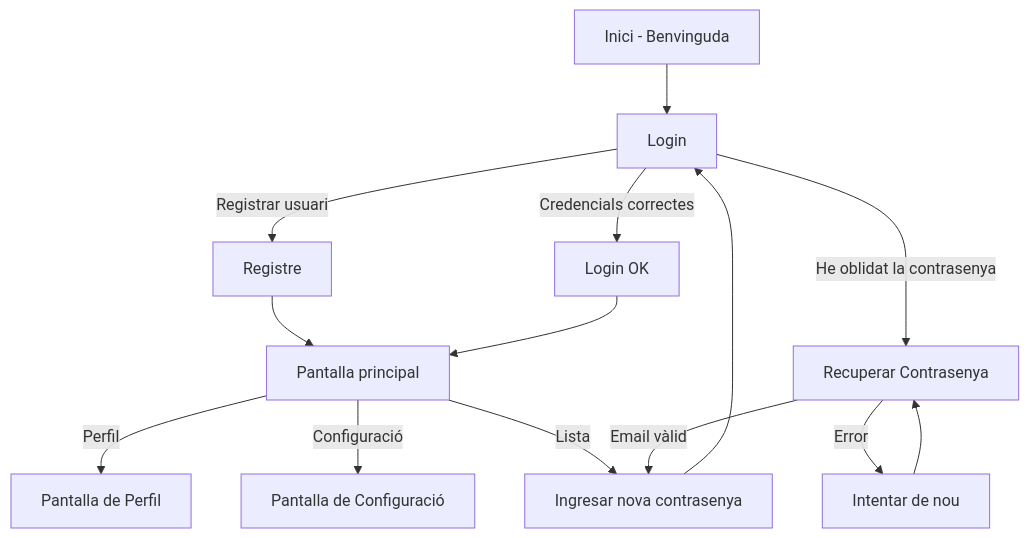
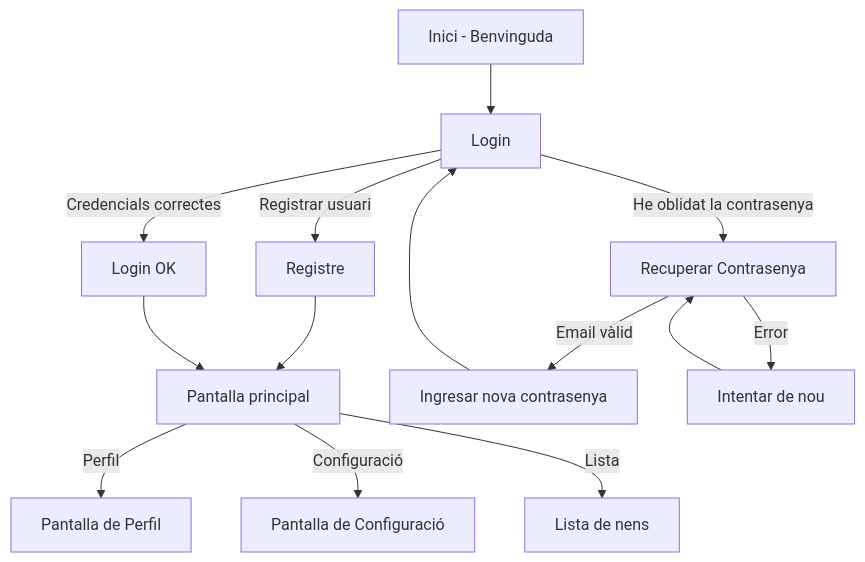
Before and after one commit to dmontes901/TapatApp: the diagram in charts/diagramaNavegacio.mmd, drawn with Mermaid.

```diff
--- a/charts/diagramaNavegacio.mmd
+++ b/charts/diagramaNavegacio.mmd
@@ -1,15 +1,15 @@
 flowchart TD;
     A["Inici - Benvinguda"] --> B["Login"];
     B -->|Registrar usuari| C["Registre"];
     C --> E["Pantalla principal"];
     B -->|Credencials correctes| D["Login OK "];
 
     
     D --> E["Pantalla principal"];
     E -->|Perfil| F["Pantalla de Perfil"];
     E -->|Configuració| G["Pantalla de Configuració"];
-    E -->|Lista|I["Lista de nens"];
+    E -->|Lista|J["Lista de nens"];
     
     B -->|He oblidat la contrasenya| H["Recuperar Contrasenya"];
     H -->|Email vàlid| I["Ingresar nova contrasenya"] --> B;
     H -->|Error| H1["Intentar de nou"] --> H;
```
